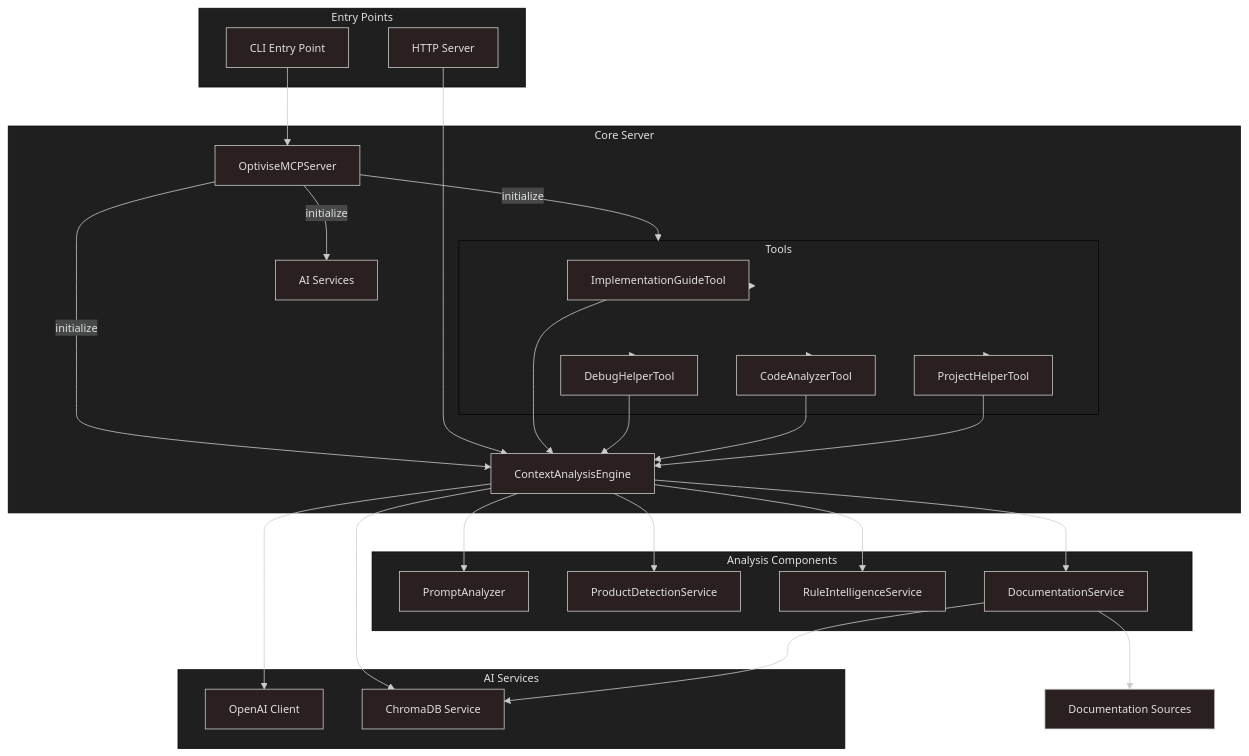
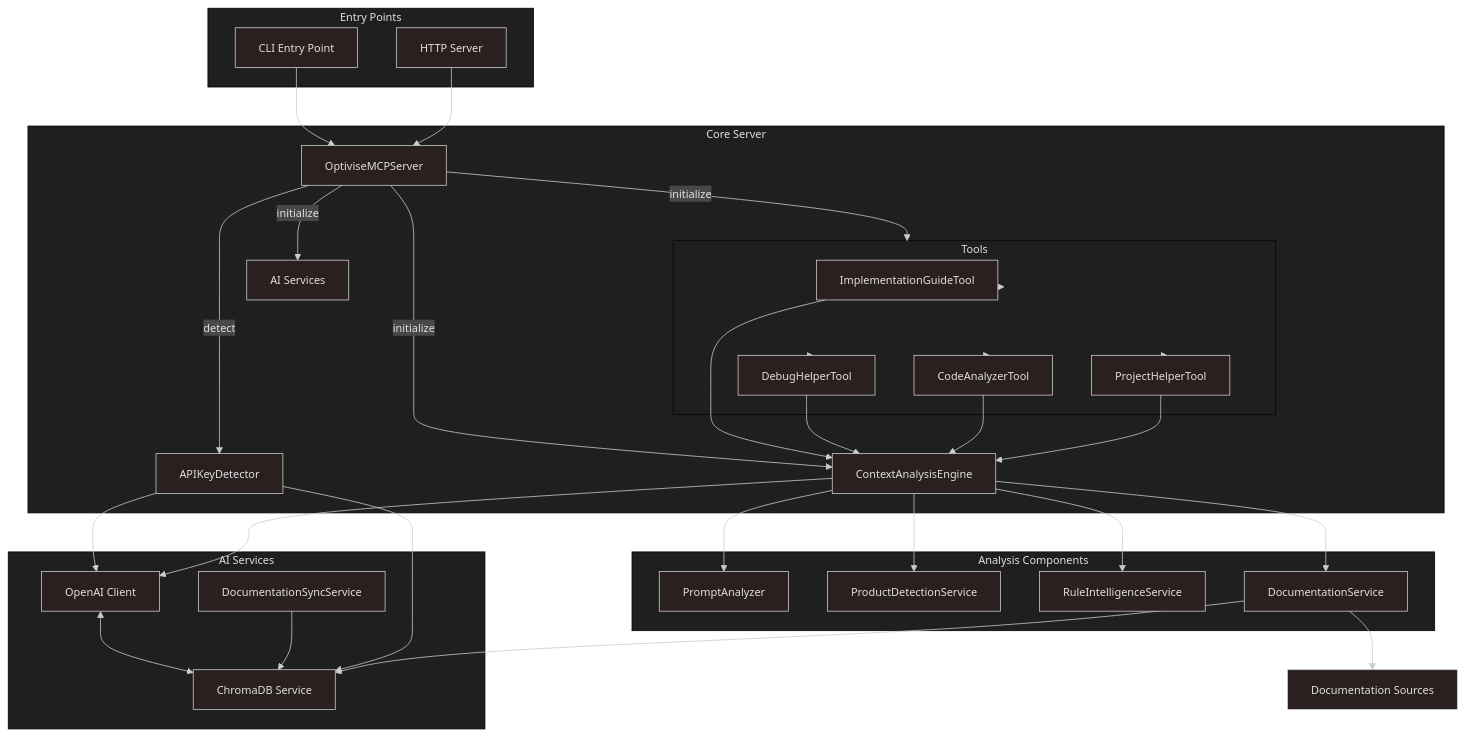
The fourth of 6 diagrams in docs/Architecture_Diagrams.md (biswajitpanday/Optivise), drawn with Mermaid before and after one commit. The commit also changed other lines of this file and 24 other files, not shown here.

````diff
--- a/docs/Architecture_Diagrams.md
+++ b/docs/Architecture_Diagrams.md
@@ -140,47 +189,54 @@
 ```mermaid
 ---
 config:
   theme: neo-dark
 ---
 graph TD
     subgraph "Entry Points"
         CLI[CLI Entry Point]
         HTTP[HTTP Server]
     end
     
     subgraph "Core Server"
         MCP[OptiviseMCPServer]
         MCP --> |initialize| CAE[ContextAnalysisEngine]
         MCP --> |initialize| Tools[Specialized Tools]
         MCP --> |initialize| AI[AI Services]
+        MCP --> |detect| AKDS[APIKeyDetector]
     end
     
     subgraph "Analysis Components"
         CAE --> PA[PromptAnalyzer]
         CAE --> PDS[ProductDetectionService]
         CAE --> RIS[RuleIntelligenceService]
         CAE --> DS[DocumentationService]
     end
     
     subgraph "AI Services"
         OAI[OpenAI Client]
         CDB[ChromaDB Service]
+        DSS[DocumentationSyncService]
+        
+        OAI <--> CDB
+        DSS --> CDB
     end
     
     subgraph "Tools"
         Tools --> IGT[ImplementationGuideTool]
         Tools --> DHT[DebugHelperTool]
         Tools --> CAT[CodeAnalyzerTool]
         Tools --> PHT[ProjectHelperTool]
     end
     
     CLI --> MCP
-    HTTP --> CAE
+    HTTP --> MCP
+    
+    AKDS --> OAI
+    AKDS --> CDB
     
     CAE --> OAI
-    CAE --> CDB
     DS --> CDB
     DS --> DOC[Documentation Sources]
     
     IGT & DHT & CAT & PHT --> CAE
 ```
````
